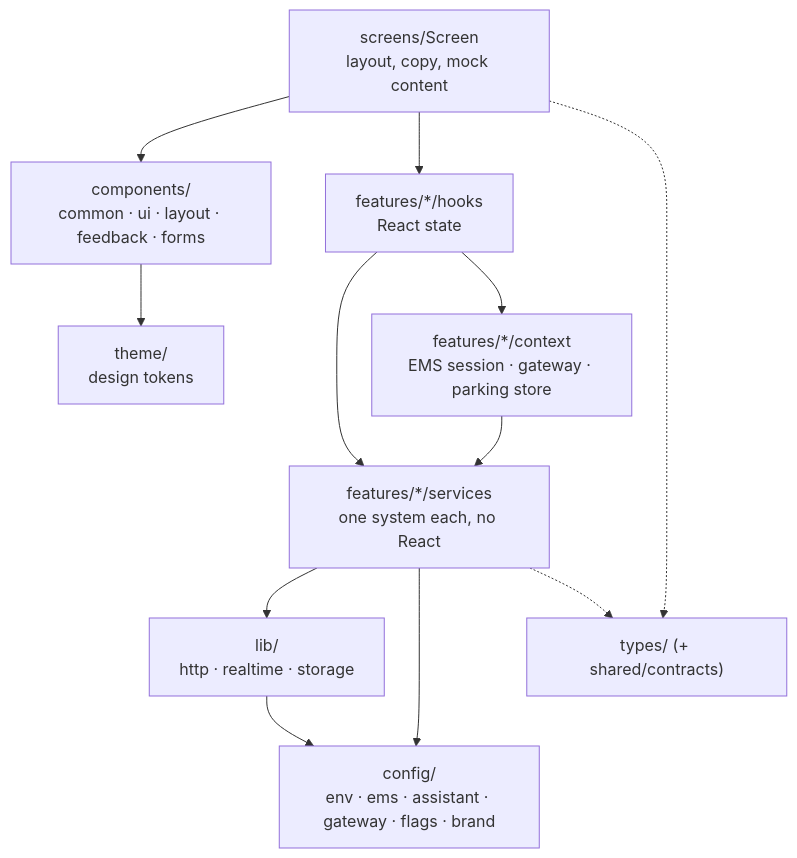
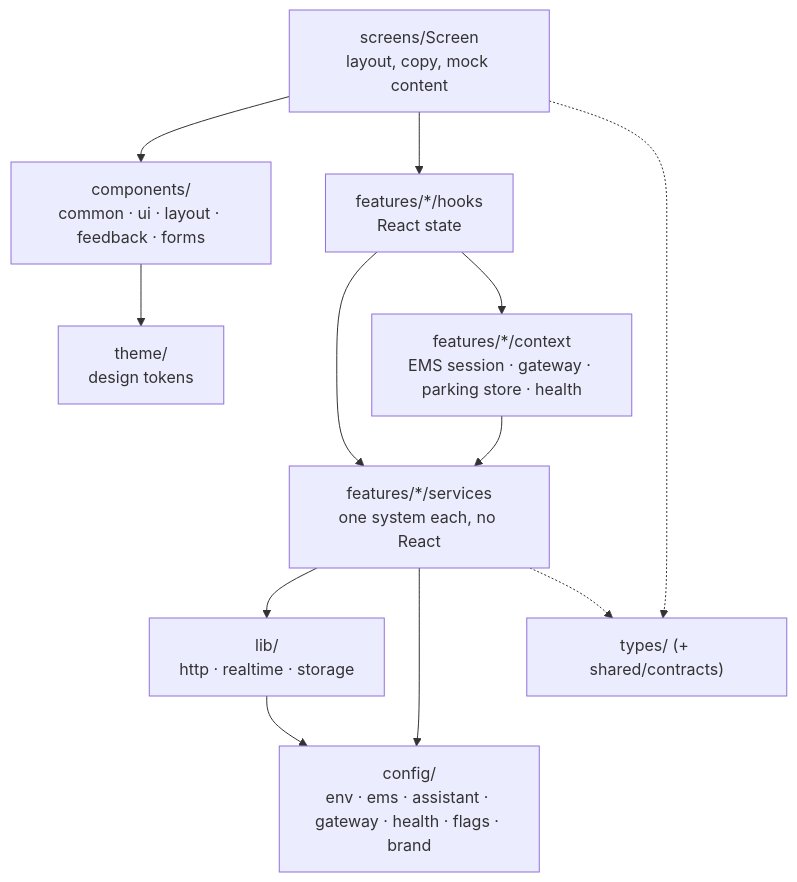
Before and after one commit to hmahmoud2211/Park-Lane_Mobile_app: the second of 6 diagrams in docs/ARCHITECTURE.md, drawn with Mermaid. The commit also changed other lines of this file and 9 other files, not shown here.

````diff
--- a/docs/ARCHITECTURE.md
+++ b/docs/ARCHITECTURE.md
@@ -49,20 +50,20 @@
 ```mermaid
 flowchart TB
   screens["screens/<Name>Screen<br/>layout, copy, mock content"]
   components["components/<br/>common · ui · layout · feedback · forms"]
   theme["theme/<br/>design tokens"]
   hooks["features/*/hooks<br/>React state"]
-  contexts["features/*/context<br/>EMS session · gateway · parking store"]
+  contexts["features/*/context<br/>EMS session · gateway · parking store · health"]
   services["features/*/services<br/>one system each, no React"]
   lib["lib/<br/>http · realtime · storage"]
-  config["config/<br/>env · ems · assistant · gateway · flags · brand"]
+  config["config/<br/>env · ems · assistant · gateway · health · flags · brand"]
   types["types/ (+ shared/contracts)"]
 
   screens --> components --> theme
   screens --> hooks --> services --> lib
   hooks --> contexts --> services
   services --> config
   lib --> config
   screens -.-> types
   services -.-> types
 ```
````
